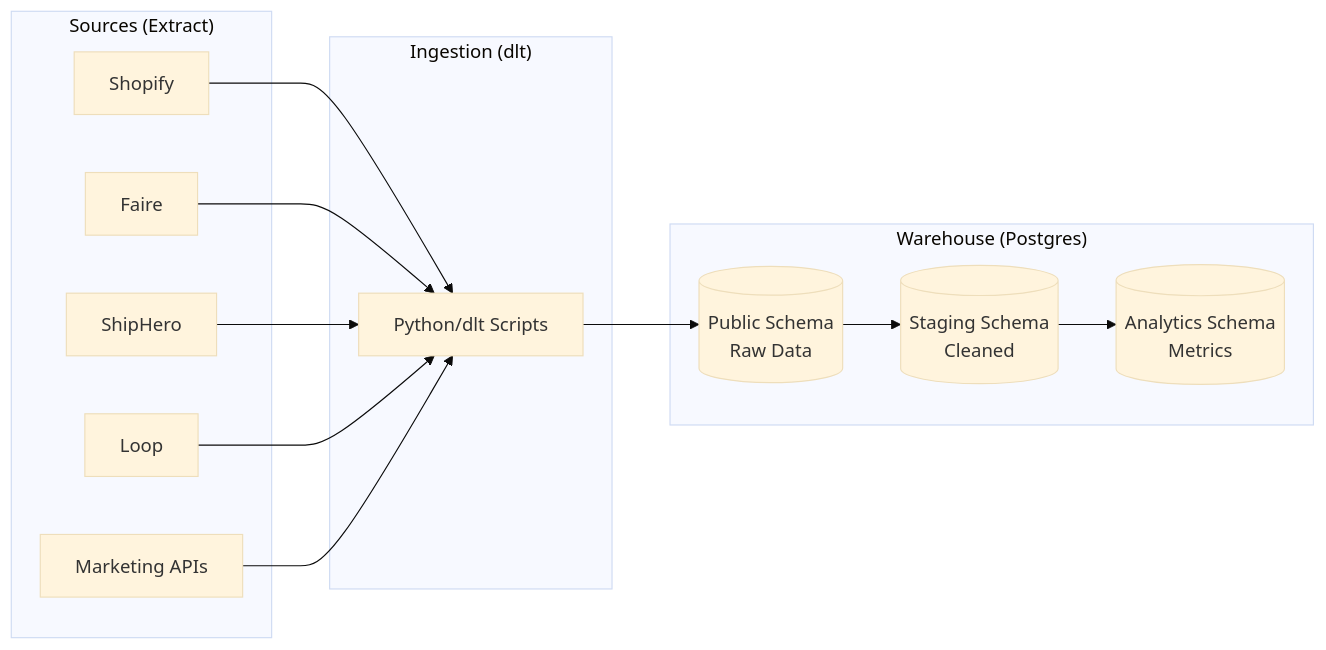
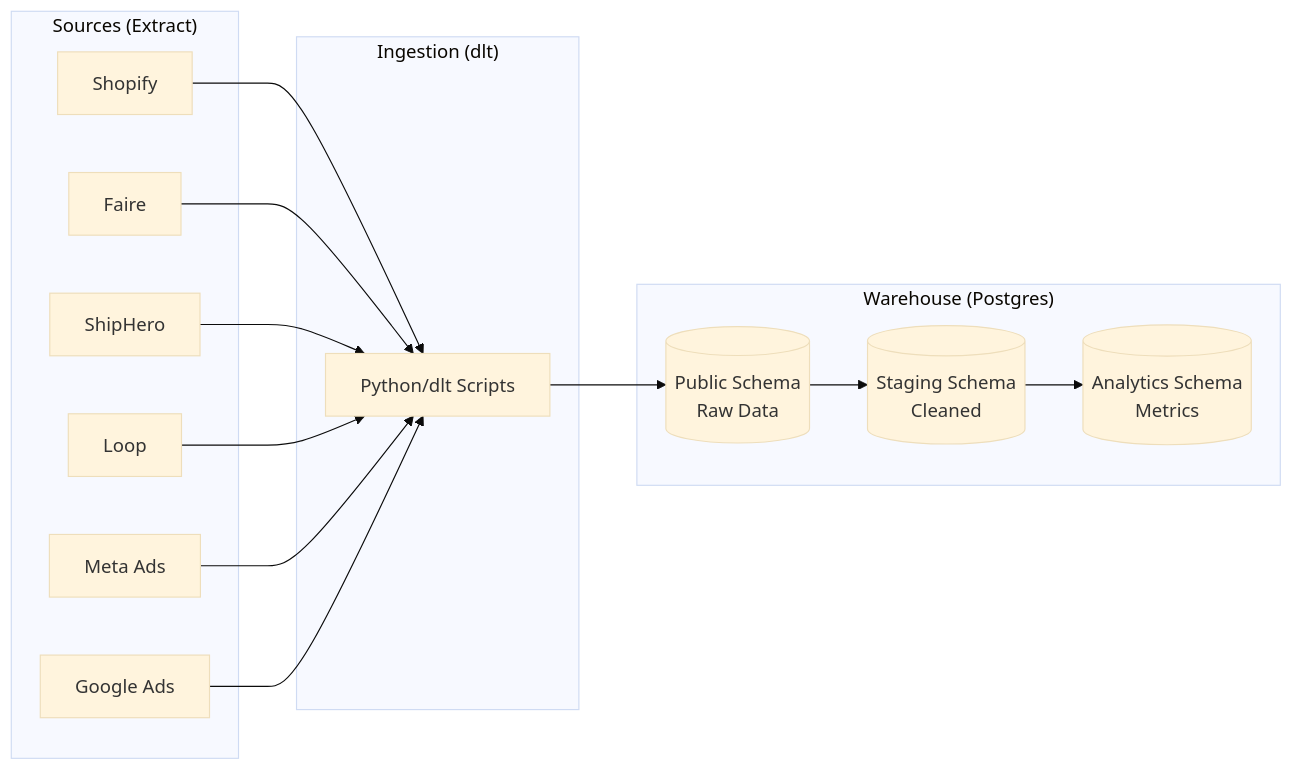
The diagram in README.md (brlancer/Culk-Analytics), drawn with Mermaid (base theme) before and after one commit.

Commit message:
readme update

````diff
--- a/README.md
+++ b/README.md
@@ -28,30 +28,32 @@
 ```mermaid
 graph LR
     subgraph "Sources (Extract)"
         S[Shopify]
         F[Faire]
         SH[ShipHero]
         L[Loop]
-        M[Marketing APIs]
+        M[Meta Ads]
+        G[Google Ads]
     end
 
     subgraph "Ingestion (dlt)"
         Py[Python/dlt Scripts]
     end
 
     subgraph "Warehouse (Postgres)"
         Raw[(Public Schema<br/>Raw Data)]
         Stg[(Staging Schema<br/>Cleaned)]
         Anl[(Analytics Schema<br/>Metrics)]
     end
 
     S --> Py
     F --> Py
     SH --> Py
     L --> Py
     M --> Py
+    G --> Py
 
     Py --> Raw
     Raw --> Stg
     Stg --> Anl
 ```
````
